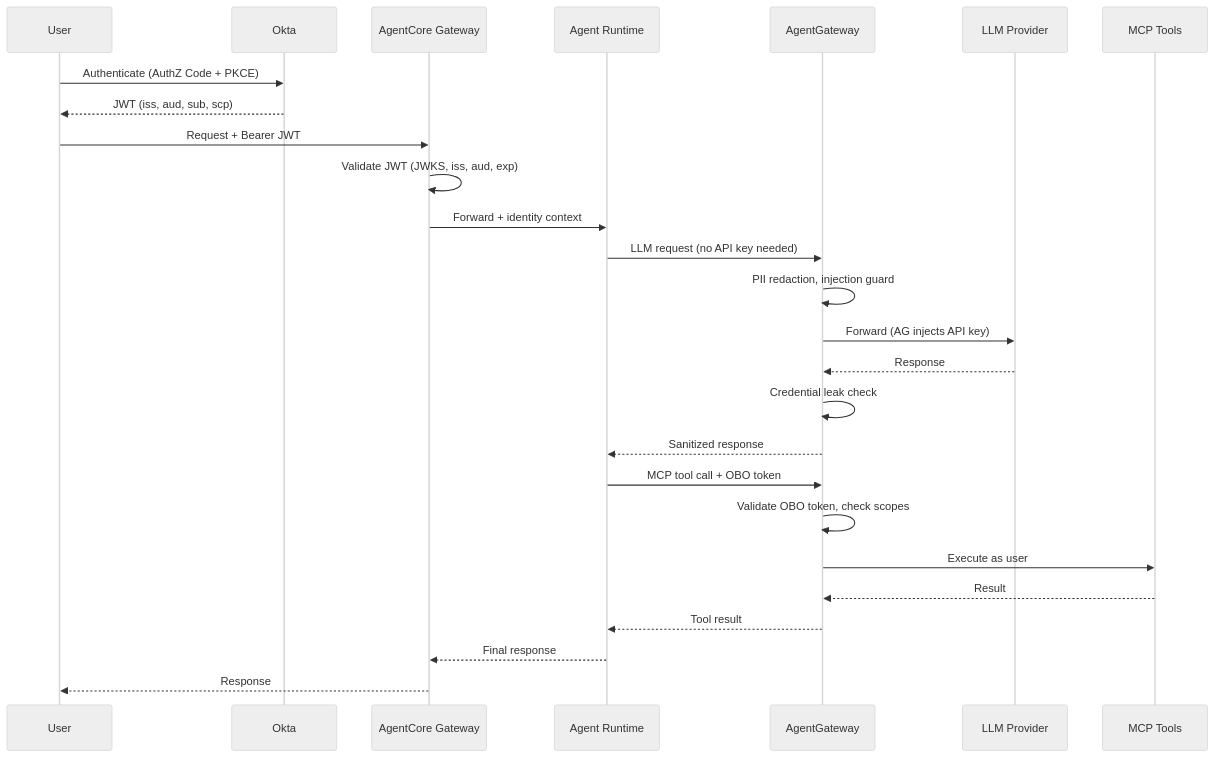
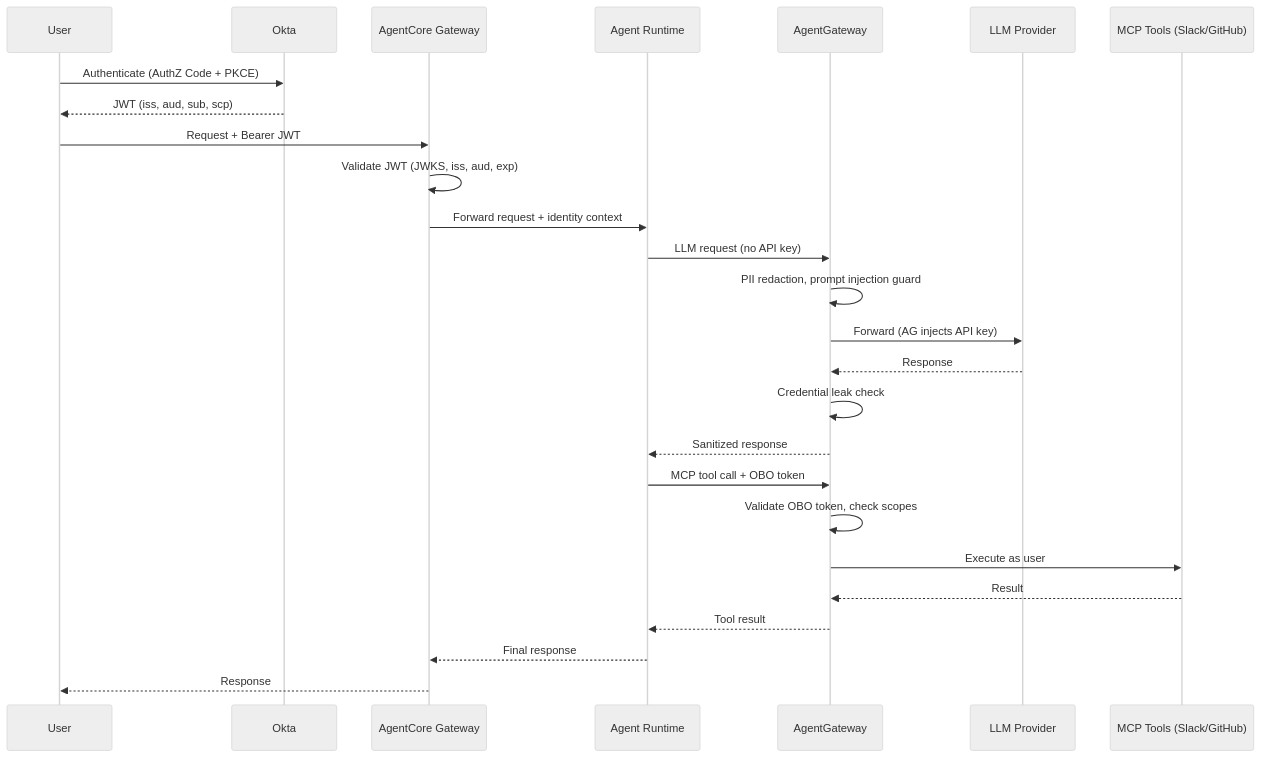
Before and after one commit to ProfessorSeb/maniak-io: the diagram in content/articles/2026-02-14-why-your-ai-agents-need-a-gateway.md, drawn with Mermaid (neutral theme). The commit also changed other lines of this file, not shown here.

Commit message:
Expand blog post with full Okta deployment details, Terraform configs, token flows, and verification steps

````diff
--- a/content/articles/2026-02-14-why-your-ai-agents-need-a-gateway.md
+++ b/content/articles/2026-02-14-why-your-ai-agents-need-a-gateway.md
@@ -109,29 +109,29 @@
 ```mermaid
 sequenceDiagram
     participant U as User
     participant O as Okta
     participant GW as AgentCore Gateway
     participant A as Agent Runtime
     participant AG as AgentGateway
     participant LLM as LLM Provider
-    participant MCP as MCP Tools
+    participant MCP as MCP Tools (Slack/GitHub)
 
     U->>O: Authenticate (AuthZ Code + PKCE)
     O-->>U: JWT (iss, aud, sub, scp)
     U->>GW: Request + Bearer JWT
     GW->>GW: Validate JWT (JWKS, iss, aud, exp)
-    GW->>A: Forward + identity context
-    A->>AG: LLM request (no API key needed)
-    AG->>AG: PII redaction, injection guard
+    GW->>A: Forward request + identity context
+    A->>AG: LLM request (no API key)
+    AG->>AG: PII redaction, prompt injection guard
     AG->>LLM: Forward (AG injects API key)
     LLM-->>AG: Response
     AG->>AG: Credential leak check
     AG-->>A: Sanitized response
     A->>AG: MCP tool call + OBO token
     AG->>AG: Validate OBO token, check scopes
     AG->>MCP: Execute as user
     MCP-->>AG: Result
     AG-->>A: Tool result
     A-->>GW: Final response
     GW-->>U: Response
 ```
````
